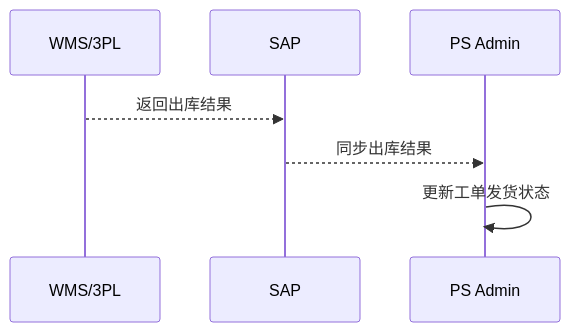
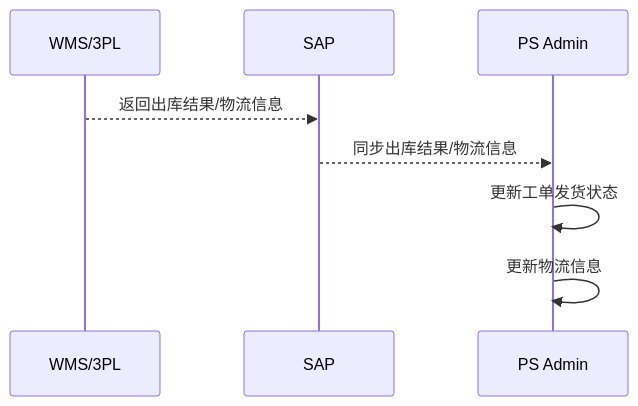
Before and after one commit to guguohai/gmps: diagram 21 of 33 in 文档/GM系统需求说明.md, drawn with Mermaid. The commit also changed other lines of this file and 2 other files, not shown here.

````diff
--- a/文档/GM系统需求说明.md
+++ b/文档/GM系统需求说明.md
@@ -1036,10 +1327,11 @@
 ```mermaid
 sequenceDiagram
     participant WMS as WMS/3PL
     participant SAP as SAP
     participant PS as PS Admin
 
-    WMS-->>SAP: 返回出库结果
-    SAP-->>PS: 同步出库结果
+    WMS-->>SAP: 返回出库结果/物流信息
+    SAP-->>PS: 同步出库结果/物流信息
     PS->>PS: 更新工单发货状态
+    PS->>PS: 更新物流信息
 ```
````
